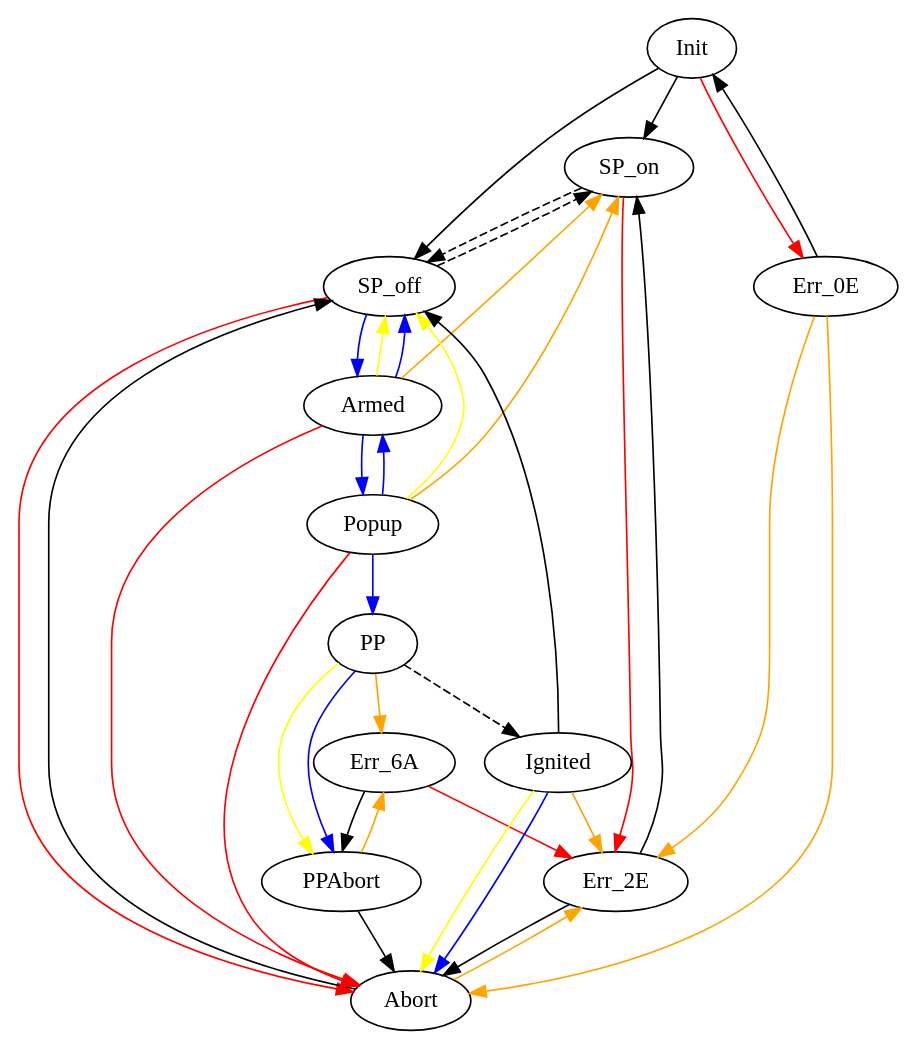
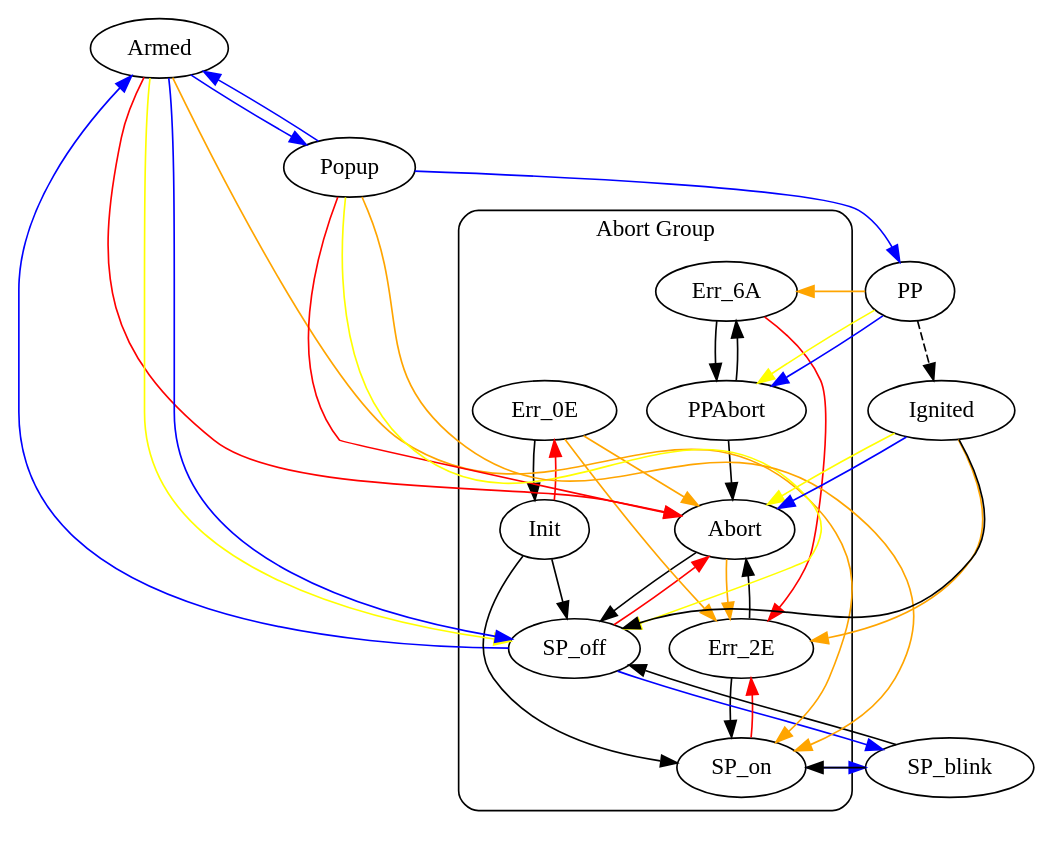
The diagram in launch-tower-comm/ltcctrl.gv (psas/launch-tower-comm), drawn with Graphviz before and after one commit. The commit also changed 1 other file, not shown here.

```diff
--- a/launch-tower-comm/ltcctrl.gv
+++ b/launch-tower-comm/ltcctrl.gv
@@ -1,50 +1,57 @@
 digraph ltcctrl {
+	subgraph cluster_abort {
+		label="Abort Group";
+		style=rounded;
+		Abort -> Err_2E [color=orange];
+		Abort -> SP_off;
+
+		Err_2E -> Abort;
+		Err_2E -> SP_on;
+
+		Err_0E -> Err_2E [color=orange];
+		Err_0E -> Abort [color=orange];
+		Err_0E -> Init;
+
+		PPAbort -> Err_6A;
+		PPAbort -> Abort;
+	
+		Err_6A -> PPAbort;
+		Err_6A -> Err_2E [color=red];	
+	}
+	
 	Init -> SP_on;
 	Init -> SP_off;
-	Init -> Err_0E [color=red];
+	Init -> Err_0E [constraint=false color=red];
 	
-	SP_on -> SP_off [style=dashed];
-	SP_on -> Err_2E [color=red];
+	SP_on -> SP_blink [color=blue];
+	SP_on -> Err_2E [constraint=false color=red];
+	
+	SP_blink -> SP_off;
+	SP_blink -> SP_on;
 
-	SP_off -> SP_on [style=dashed];
-	SP_off -> Abort [color=red];
+	SP_off -> SP_blink [color=blue];
+	SP_off -> Abort [constraint=false color=red];
 	SP_off -> Armed [color=blue];
 
-	Armed -> SP_on [color=orange];
-	Armed -> Abort [color=red];
-	Armed -> SP_off [color=yellow];
+	Armed -> SP_on [constraint=false color=orange];
+	Armed -> Abort [constraint=false color=red];
+	Armed -> SP_off [constraint=false color=yellow];
 	Armed -> Popup [color=blue];
 	Armed -> SP_off [color=blue];
 
-	PP -> Err_6A [color=orange];
+	PP -> Err_6A [constraint=false color=orange];
 	PP -> Ignited [style=dashed];
-	PP -> PPAbort [color=yellow];
+	PP -> PPAbort [constraint=false color=yellow];
 	PP -> PPAbort [color=blue];
 	
-	Ignited -> Err_2E [color=orange];
+	Ignited -> Err_2E [constraint=false color=orange];
 	Ignited -> SP_off;
-	Ignited -> Abort [color=yellow];
+	Ignited -> Abort [constraint=false color=yellow];
 	Ignited -> Abort [color=blue];
 
-	Abort -> Err_2E [color=orange];
-	Abort -> SP_off;
-
-	Err_2E -> Abort;
-	Err_2E -> SP_on;
-
-	Err_0E -> Err_2E [color=orange];
-	Err_0E -> Abort [color=orange];
-	Err_0E -> Init;
-
-	PPAbort -> Err_6A [color=orange];
-	PPAbort -> Abort;
-	
-	Err_6A -> PPAbort;
-	Err_6A -> Err_2E [color=red];
-
-	Popup -> SP_on [color=orange];
-	Popup -> Abort [color=red];
-	Popup -> SP_off [color=yellow];
+	Popup -> SP_on [constraint=false color=orange];
+	Popup -> Abort [constraint=false color=red];
+	Popup -> SP_off [constraint=false color=yellow];
 	Popup -> PP [color=blue];
 	Popup -> Armed [color=blue];
 }
```
